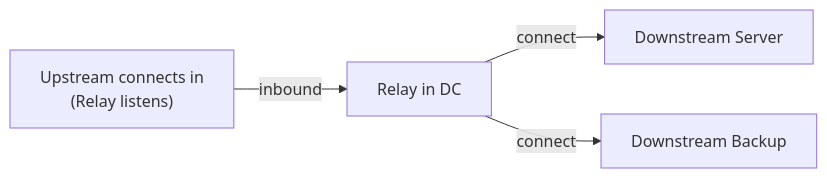
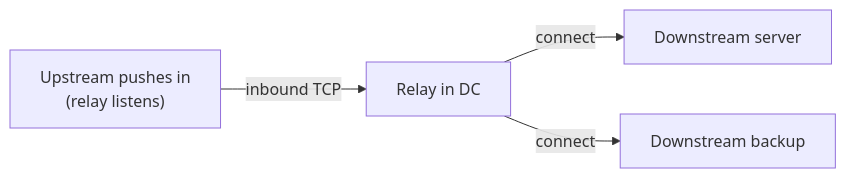
Before and after one commit to tanaka-ryuya/TCPRelayServer: the second of 4 diagrams in README.md, drawn with Mermaid. The commit also changed other lines of this file, not shown here.

````diff
--- a/README.md
+++ b/README.md
@@ -25,6 +28,6 @@
 ```mermaid
 flowchart LR
-    U["Upstream connects in<br/>(Relay listens)"] -->|inbound| R["Relay in DC"]
-    R -->|connect| S1[Downstream Server]
-    R -->|connect| S2[Downstream Backup]
+    U["Upstream pushes in<br/>(relay listens)"] -->|inbound TCP| R["Relay in DC"]
+    R -->|connect| S1["Downstream server"]
+    R -->|connect| S2["Downstream backup"]
 ```
````
